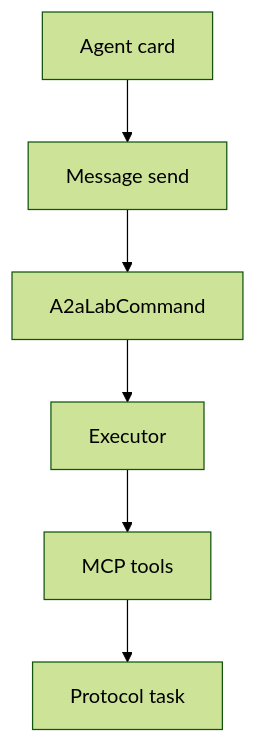
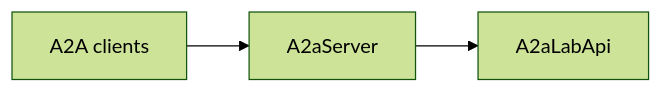
The diagram in backlog/docs/reference/a2a/doc-4 - A2A.md (A3Analytics/a2a-lab-dev-kit-rs), drawn with Mermaid (forest theme) before and after one commit. The commit also changed other lines of this file and 14 other files, not shown here.

````diff
--- a/backlog/docs/reference/a2a/doc-4 - A2A.md
+++ b/backlog/docs/reference/a2a/doc-4 - A2A.md
@@ -29,10 +25,7 @@
 ```mermaid
-flowchart TD
-  accTitle: A2A lab command path
-  accDescr: The agent card leads to message send. Message send carries an A2aLabCommand to the executor. The executor calls MCP tools. MCP tools return a protocol task.
-  card["Agent card"] --> send["Message send"]
-  send --> command["A2aLabCommand"]
-  command --> executor["Executor"]
-  executor --> tools["MCP tools"]
-  tools --> task["Protocol task"]
+flowchart LR
+  accTitle: A2A interface
+  accDescr: A2A clients call A2aServer. A2aServer calls A2aLabApi.
+  clients["A2A clients"] --> server["A2aServer"]
+  server --> api["A2aLabApi"]
 ```
````
